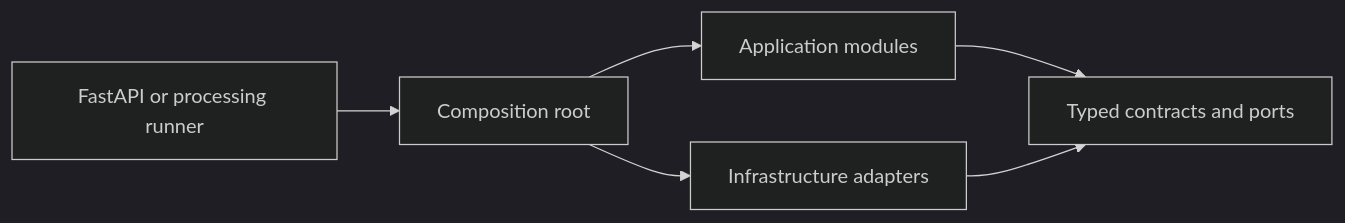
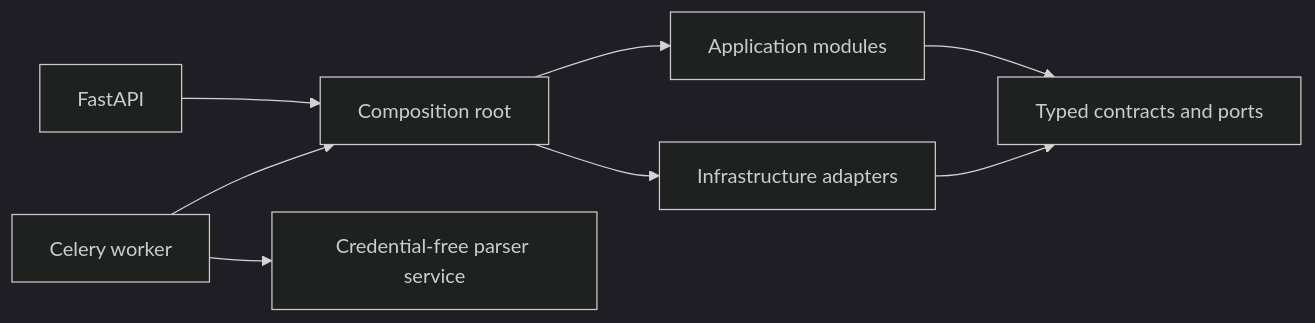
Before and after one commit to rnkraus/investment-research: the diagram in backend/README.md, drawn with Mermaid (dark theme). The commit also changed other lines of this file and 4 other files, not shown here.

````diff
--- a/backend/README.md
+++ b/backend/README.md
@@ -23,8 +24,10 @@
 ```mermaid
 flowchart LR
-    ENTRY[FastAPI or processing runner] --> BOOT[Composition root]
+    API[FastAPI] --> BOOT[Composition root]
+    WORKER[Celery worker] --> BOOT
     BOOT --> MODULES[Application modules]
     BOOT --> ADAPTERS[Infrastructure adapters]
     MODULES --> CONTRACTS[Typed contracts and ports]
     ADAPTERS --> CONTRACTS
+    WORKER --> PARSER[Credential-free parser service]
 ```
````
